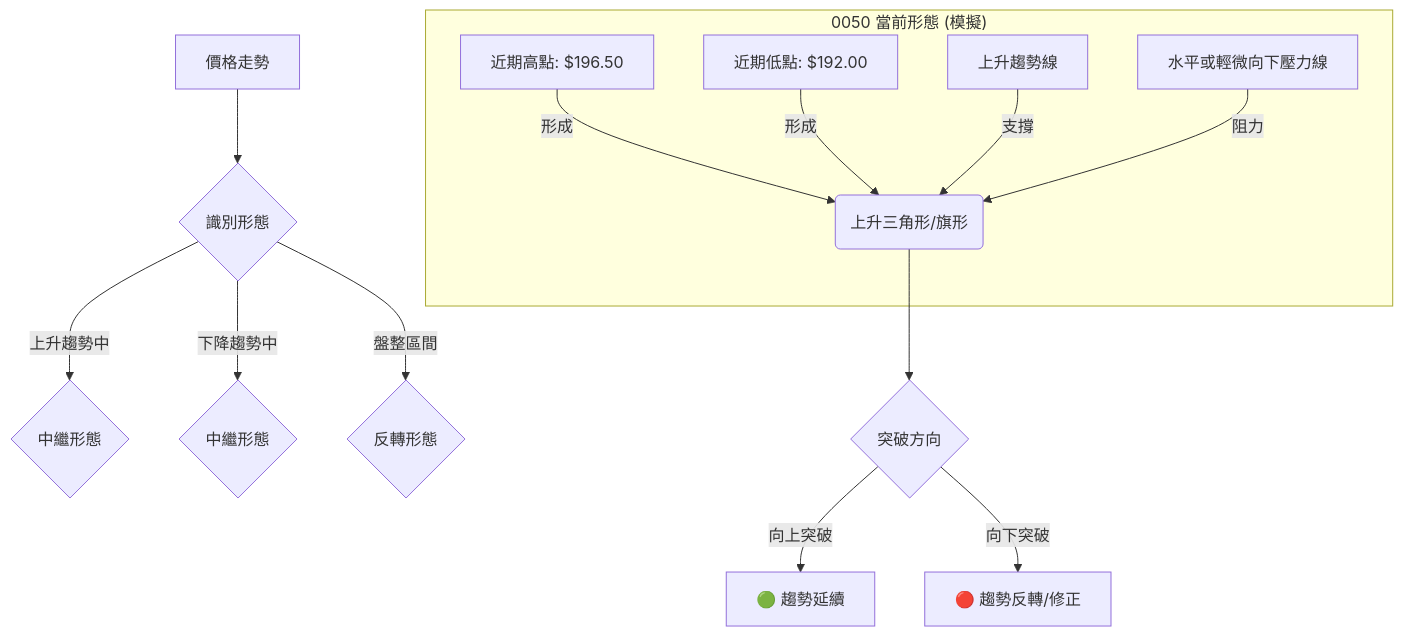
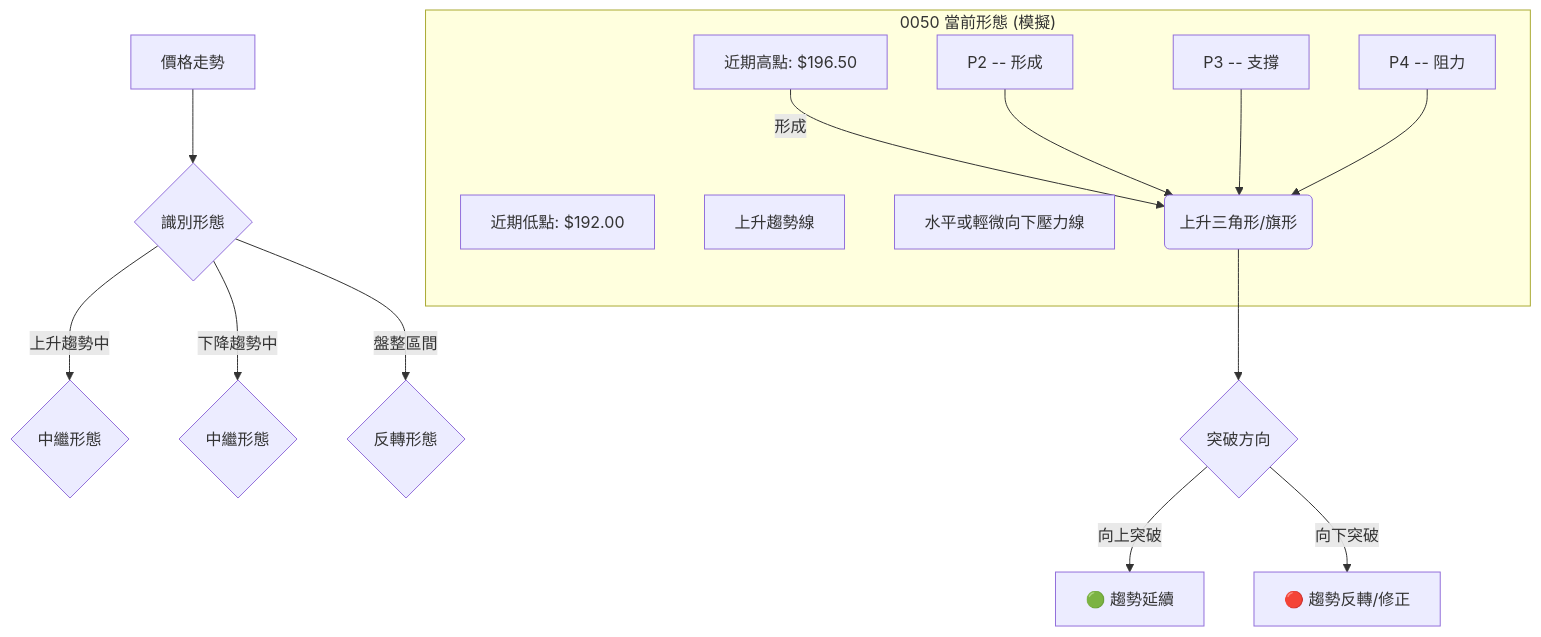
One commit to yennanliu/finance_data changed the fourth of 11 diagrams in ai_gen_report/stock/0050/technical_analysis_2026-07-06_gemini.md. Above: the diagram before and after it, drawn with Mermaid. The commit also changed other lines of this file and 2258 other files, not shown here.

First line of the commit message:
chore: backfill Mermaid syntax repair across existing reports

````diff
--- a/ai_gen_report/stock/0050/technical_analysis_2026-07-06_gemini.md
+++ b/ai_gen_report/stock/0050/technical_analysis_2026-07-06_gemini.md
@@ -224,22 +224,22 @@
 ```mermaid
 graph TD
-    A[價格走勢] --> B{識別形態}
-    B -- 上升趨勢中 --> C{中繼形態}
-    B -- 下降趨勢中 --> D{中繼形態}
-    B -- 盤整區間 --> E{反轉形態}
+    A["價格走勢"] --> B{"識別形態"}
+    B -- 上升趨勢中 --> C{"中繼形態"}
+    B -- 下降趨勢中 --> D{"中繼形態"}
+    B -- 盤整區間 --> E{"反轉形態"}
 
     subgraph 0050_Current_Pattern ["0050 當前形態 (模擬)"]
-        P1[近期高點: $196.50]
-        P2[近期低點: $192.00]
-        P3[上升趨勢線]
-        P4[水平或輕微向下壓力線]
-        P1 -- 形成 --> F(上升三角形/旗形)
-        P2 -- 形成 --> F
-        P3 -- 支撐 --> F
-        P4 -- 阻力 --> F
+        P1["近期高點: $196.50"]
+        P2["近期低點: $192.00"]
+        P3["上升趨勢線"]
+        P4["水平或輕微向下壓力線"]
+        P1 -- 形成 --> F("上升三角形/旗形")
+        nb1["P2 -- 形成"] --> F
+        nb2["P3 -- 支撐"] --> F
+        nb3["P4 -- 阻力"] --> F
     end
 
-    F --> G{突破方向}
-    G -- 向上突破 --> H[🟢 趨勢延續]
-    G -- 向下突破 --> I[🔴 趨勢反轉/修正]
+    F --> G{"突破方向"}
+    G -- 向上突破 --> H["🟢 趨勢延續"]
+    G -- 向下突破 --> I["🔴 趨勢反轉/修正"]
 ```
````
